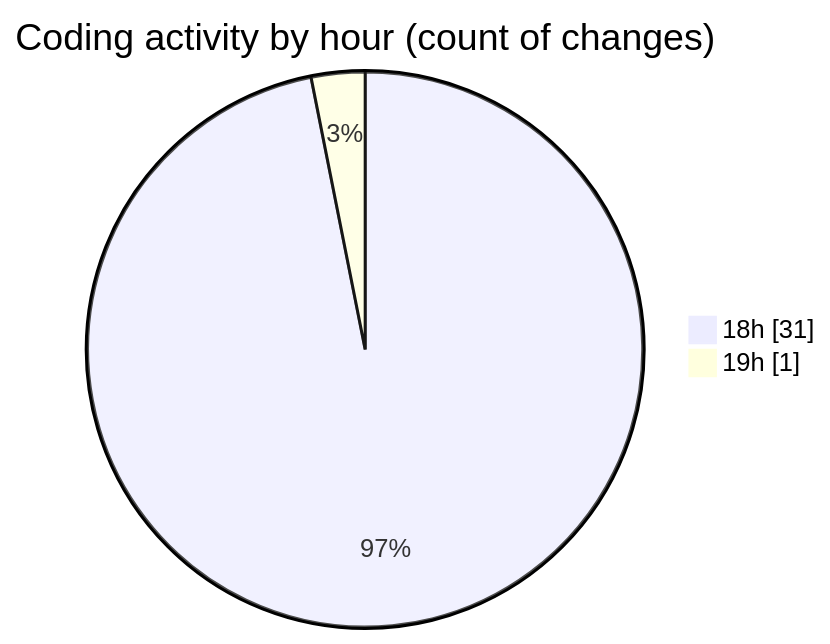
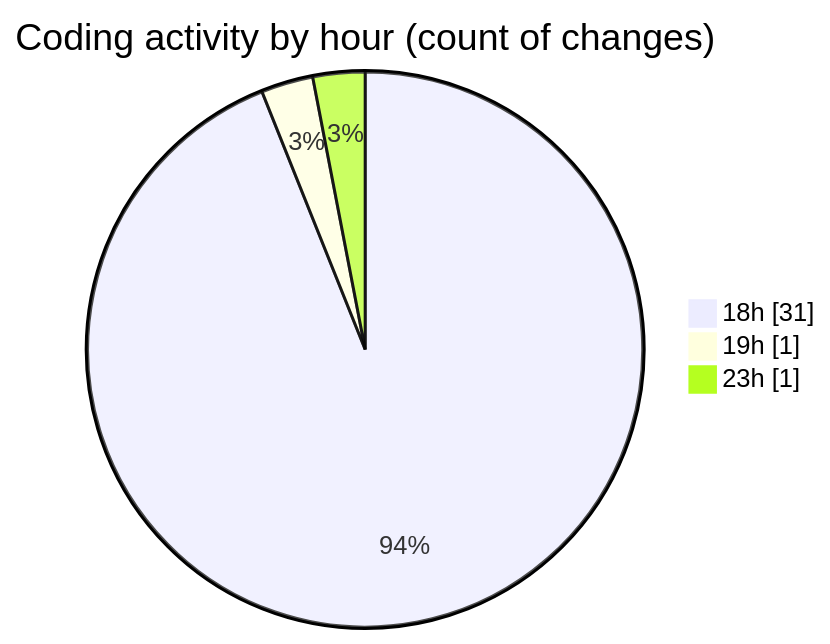
Before and after one commit to donsfak/code-tracking: the second of 2 diagrams in 2025-02-04/maps_clone/README.md, drawn with Mermaid. The commit also changed other lines of this file and 1 other file, not shown here.

````diff
--- a/2025-02-04/maps_clone/README.md
+++ b/2025-02-04/maps_clone/README.md
@@ -41,6 +43,7 @@
 ```mermaid
 pie showData
 title Coding activity by hour (count of changes)
 "18h" : 31
 "19h" : 1
+"23h" : 1
 ```
````
